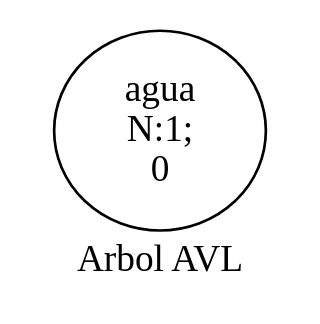
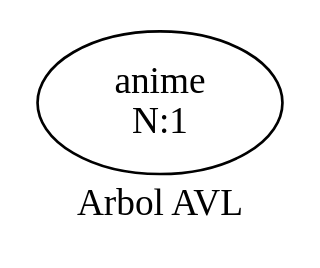
Before and after one commit to hr9457/EDD_1S2020_PY2_201314296: the diagram in EDD_Proyecto2/ArchivosDot/ArbolAVL.dot, drawn with Graphviz. The commit also changed 16 other files, not shown here.

```diff
--- a/EDD_Proyecto2/ArchivosDot/ArbolAVL.dot
+++ b/EDD_Proyecto2/ArchivosDot/ArbolAVL.dot
@@ -1,8 +1,7 @@
 digraph arbolAVL{
 rankdir=TB;
-nodoagua[ label = " agua
-N:1;
-0" ];
+nodoanime[ label = " anime
+N:1" ];
 
 label = " Arbol AVL "; 
 }
```
